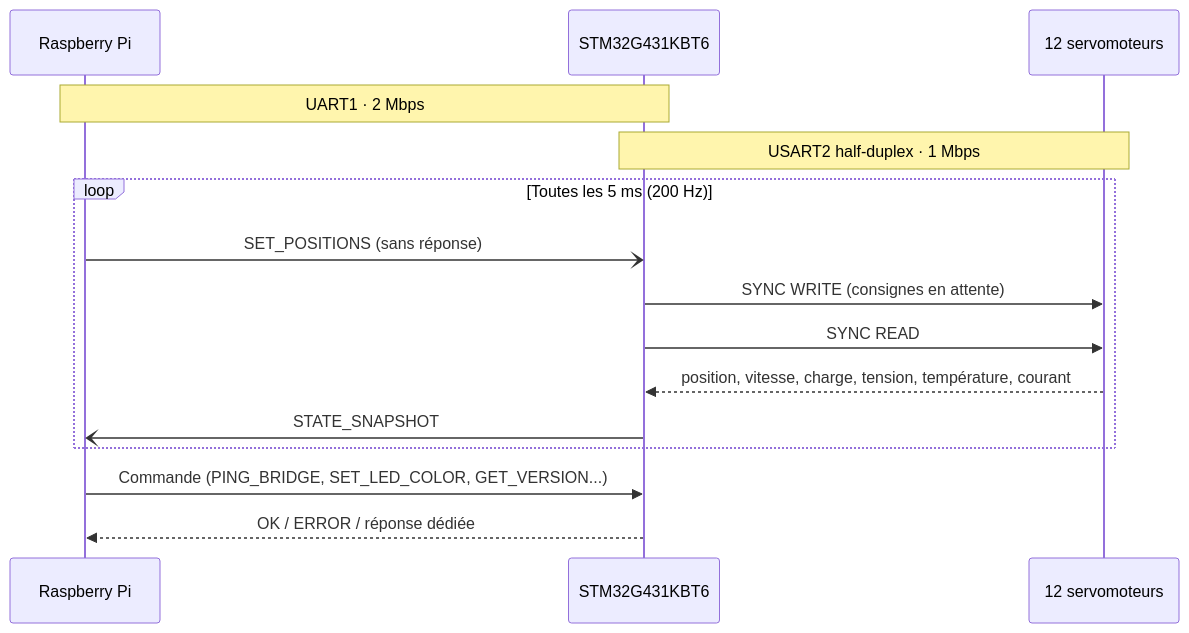
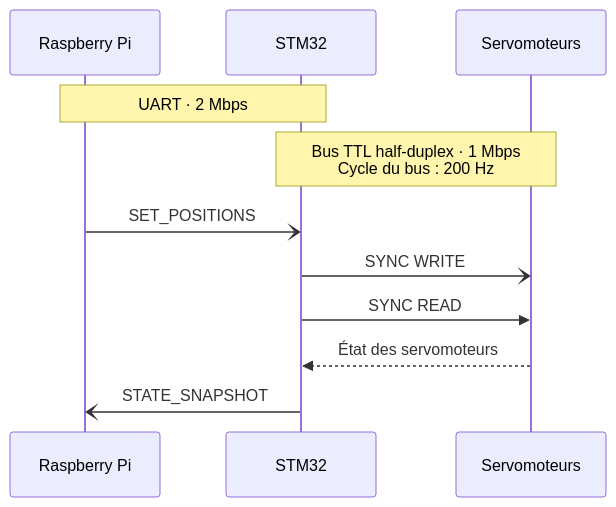
The diagram in content/fr/chromapi/hardware/protocol.md (Mowibox/chroma), drawn with Mermaid before and after one commit. The commit also changed other lines of this file and 2 other files, not shown here.

````diff
--- a/content/fr/chromapi/hardware/protocol.md
+++ b/content/fr/chromapi/hardware/protocol.md
@@ -34,20 +36,15 @@
 ```mermaid
 sequenceDiagram
     participant RPi as Raspberry Pi
-    participant MCU as STM32G431KBT6
-    participant BUS as 12 servomoteurs
+    participant MCU as STM32
+    participant BUS as Servomoteurs
 
-    Note over RPi,MCU: UART1 · 2 Mbps
-    Note over MCU,BUS: USART2 half-duplex · 1 Mbps
+    Note over RPi,MCU: UART · 2 Mbps
+    Note over MCU,BUS: Bus TTL half-duplex · 1 Mbps<br/>Cycle du bus : 200 Hz
 
-    loop Toutes les 5 ms (200 Hz)
-        RPi-)MCU: SET_POSITIONS (sans réponse)
-        MCU->>BUS: SYNC WRITE (consignes en attente)
-        MCU->>BUS: SYNC READ
-        BUS-->>MCU: position, vitesse, charge, tension, température, courant
-        MCU-)RPi: STATE_SNAPSHOT
-    end
-
-    RPi->>MCU: Commande (PING_BRIDGE, SET_LED_COLOR, GET_VERSION...)
-    MCU-->>RPi: OK / ERROR / réponse dédiée
+    RPi-)MCU: SET_POSITIONS
+    MCU-)BUS: SYNC WRITE
+    MCU->>BUS: SYNC READ
+    BUS-->>MCU: État des servomoteurs
+    MCU-)RPi: STATE_SNAPSHOT
 ```
````
